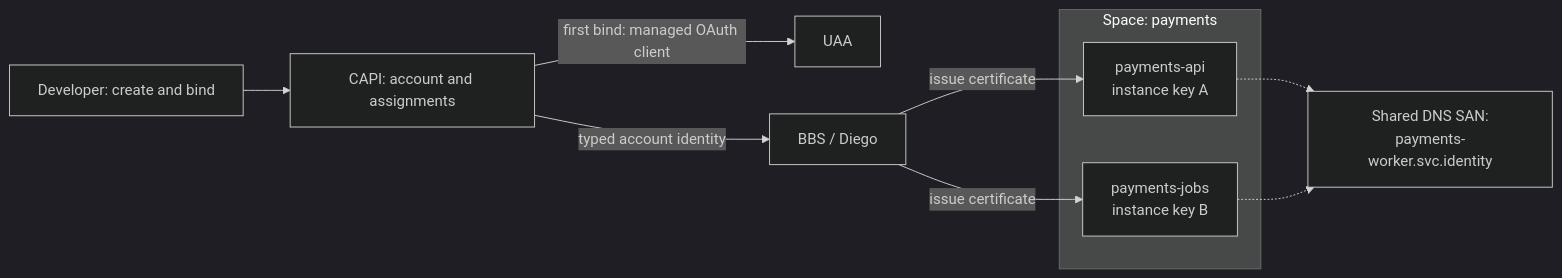
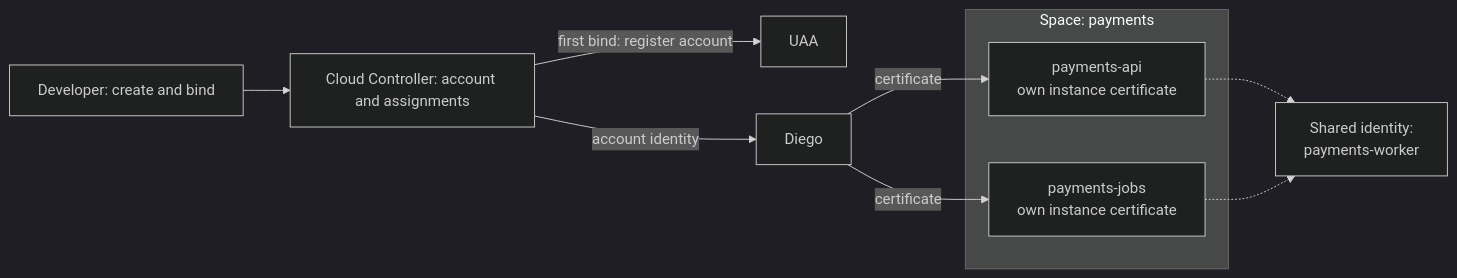
One commit to cloudfoundry/community changed the first of 3 diagrams in toc/rfc/rfc-draft-service-accounts.md. Above: the diagram before and after it, drawn with Mermaid (dark theme). The commit also changed other lines of this file, not shown here.

Commit message:
Restructure service-account RFC for readability and simplify broker integration

````diff
--- a/toc/rfc/rfc-draft-service-accounts.md
+++ b/toc/rfc/rfc-draft-service-accounts.md
@@ -70,14 +68,14 @@
 ```mermaid
 flowchart LR
-    CLI["Developer: create and bind"] --> CAPI["CAPI: account and assignments"]
-    CAPI -->|"first bind: managed OAuth client"| UAA["UAA"]
-    CAPI -->|"typed account identity"| Diego["BBS / Diego"]
+    CLI["Developer: create and bind"] --> CAPI["Cloud Controller: account and assignments"]
+    CAPI -->|"first bind: register account"| UAA["UAA"]
+    CAPI -->|"account identity"| Diego["Diego"]
     subgraph Space["Space: payments"]
-        API["payments-api<br/>instance key A"]
-        Jobs["payments-jobs<br/>instance key B"]
+        API["payments-api<br/>own instance certificate"]
+        Jobs["payments-jobs<br/>own instance certificate"]
     end
-    Diego -->|"issue certificate"| API
-    Diego -->|"issue certificate"| Jobs
-    API -.-> SAN["Shared DNS SAN:<br/>payments-worker.svc.identity"]
-    Jobs -.-> SAN
+    Diego -->|"certificate"| API
+    Diego -->|"certificate"| Jobs
+    API -.-> ID["Shared identity:<br/>payments-worker"]
+    Jobs -.-> ID
 ```
````
